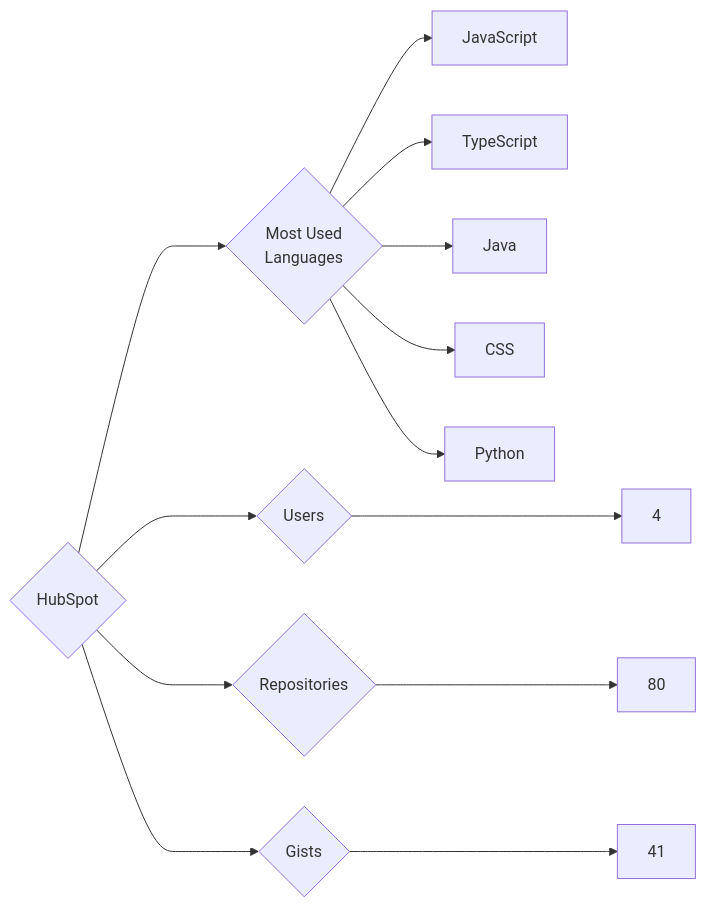
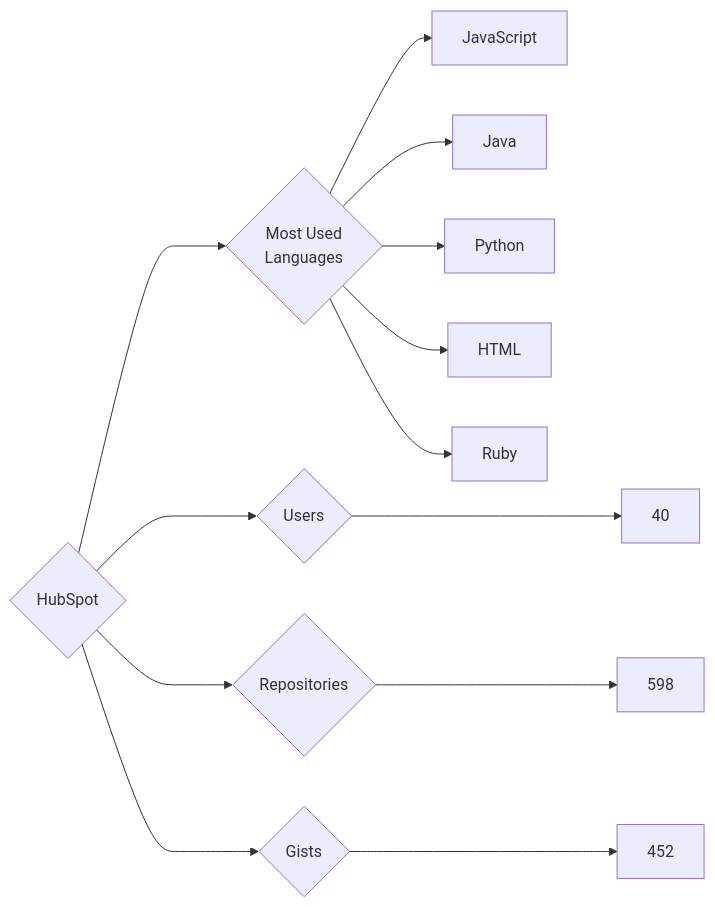
One commit to trickest/insiders changed the diagram in targets/HubSpot/README.md. Above: the diagram before and after it, drawn with Mermaid. The commit also changed 895 other files, not shown here.

````diff
--- a/targets/HubSpot/README.md
+++ b/targets/HubSpot/README.md
@@ -3,13 +3,13 @@
 ```mermaid
 graph LR
 COMPANY_NAME{HubSpot}
-COMPANY_NAME ---> U{Users} ---> UN[4]
-COMPANY_NAME ---> R{Repositories} ---> RN[80]
-COMPANY_NAME ---> G{Gists} ---> GN[41]
+COMPANY_NAME ---> U{Users} ---> UN[40]
+COMPANY_NAME ---> R{Repositories} ---> RN[598]
+COMPANY_NAME ---> G{Gists} ---> GN[452]
 COMPANY_NAME ---> ML{Most Used<br>Languages}
 ML --> JavaScript[JavaScript]
-ML --> TypeScript[TypeScript]
 ML --> Java[Java]
-ML --> CSS[CSS]
 ML --> Python[Python]
+ML --> HTML[HTML]
+ML --> Ruby[Ruby]
 ```
````
